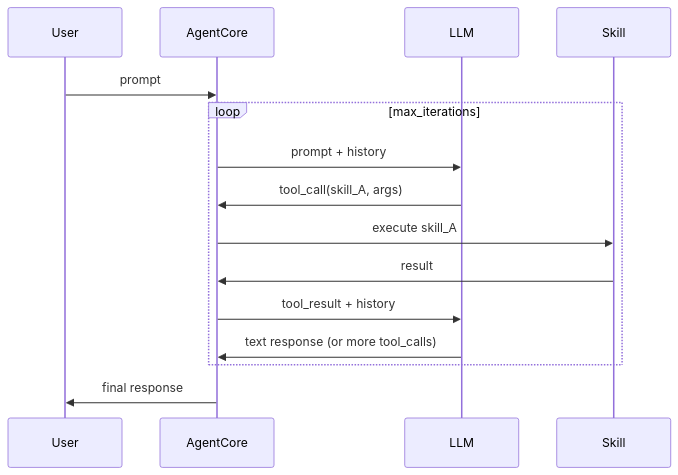
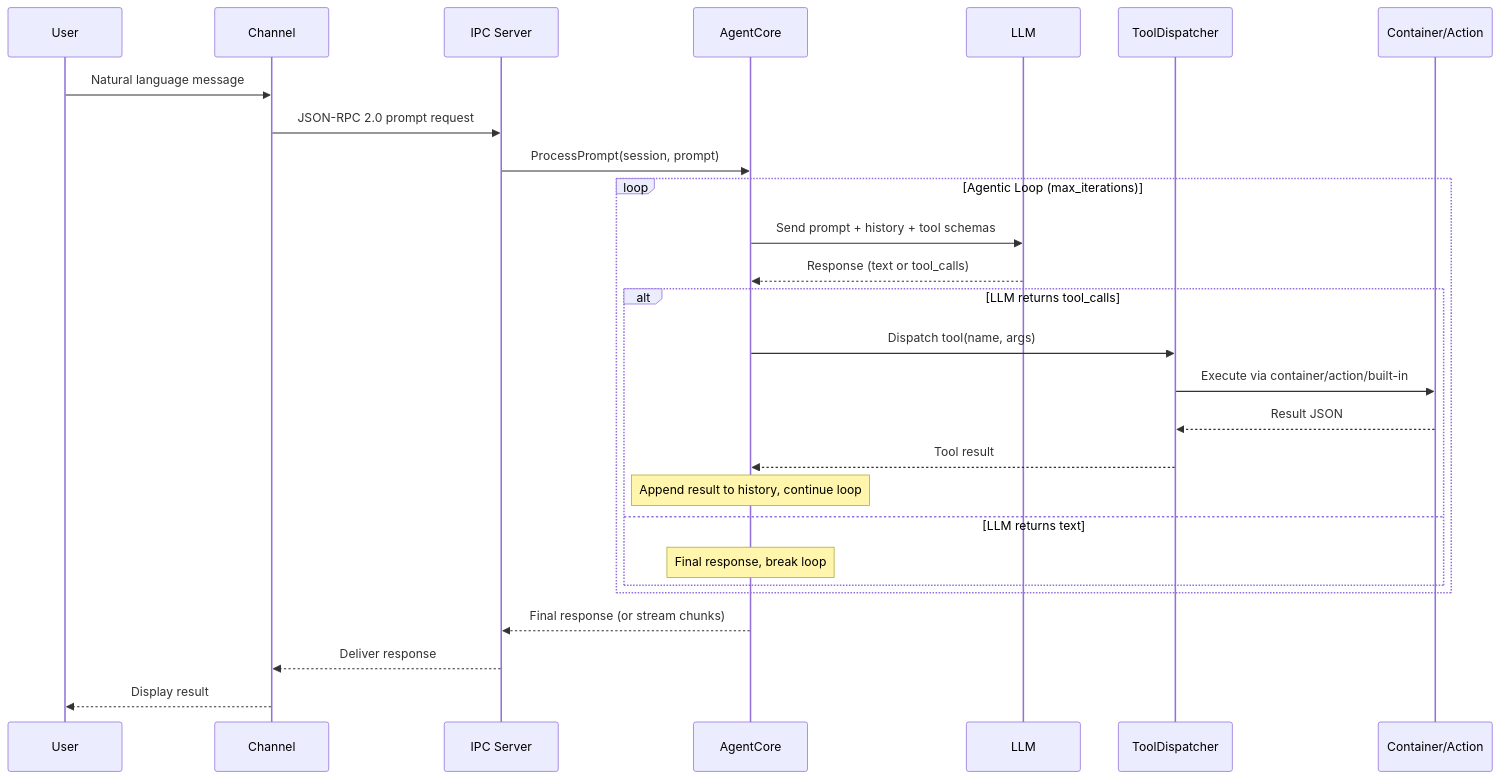
Before and after one commit to ashuksingh11/tizenclaw: the second of 8 diagrams in docs/DESIGN.md, drawn with Mermaid. The commit also changed other lines of this file and 6 other files, not shown here.

````diff
--- a/docs/DESIGN.md
+++ b/docs/DESIGN.md
@@ -438,18 +151,33 @@
 ```mermaid
 sequenceDiagram
     participant User
+    participant Channel
+    participant IPC as IPC Server
     participant Agent as AgentCore
     participant LLM
-    participant Skill
+    participant Tool as ToolDispatcher
+    participant Skill as Container/Action
 
-    User->>Agent: prompt
-    loop max_iterations
-        Agent->>LLM: prompt + history
-        LLM->>Agent: tool_call(skill_A, args)
-        Agent->>Skill: execute skill_A
-        Skill->>Agent: result
-        Agent->>LLM: tool_result + history
-        LLM->>Agent: text response (or more tool_calls)
+    User->>Channel: Natural language message
+    Channel->>IPC: JSON-RPC 2.0 prompt request
+    IPC->>Agent: ProcessPrompt(session, prompt)
+    
+    loop Agentic Loop (max_iterations)
+        Agent->>LLM: Send prompt + history + tool schemas
+        LLM-->>Agent: Response (text or tool_calls)
+        
+        alt LLM returns tool_calls
+            Agent->>Tool: Dispatch tool(name, args)
+            Tool->>Skill: Execute via container/action/built-in
+            Skill-->>Tool: Result JSON
+            Tool-->>Agent: Tool result
+            Note over Agent: Append result to history, continue loop
+        else LLM returns text
+            Note over Agent: Final response, break loop
+        end
     end
-    Agent->>User: final response
+    
+    Agent-->>IPC: Final response (or stream chunks)
+    IPC-->>Channel: Deliver response
+    Channel-->>User: Display result
 ```
````
